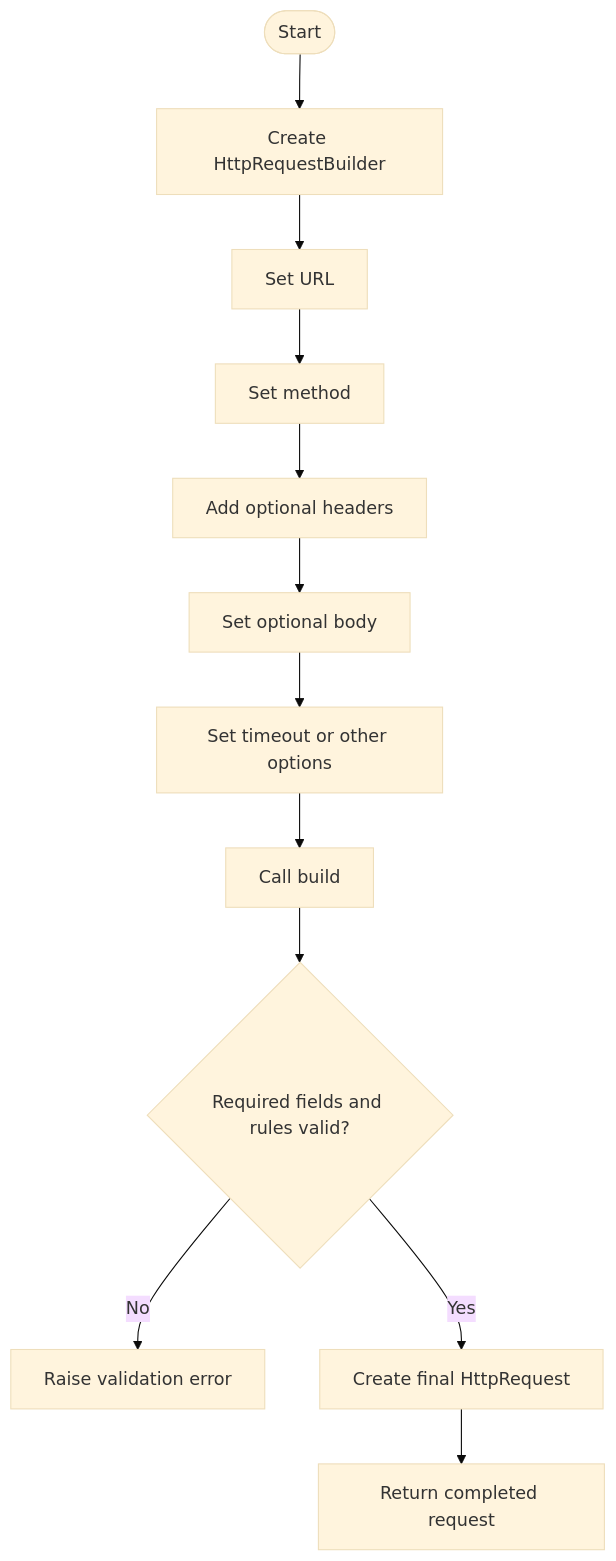
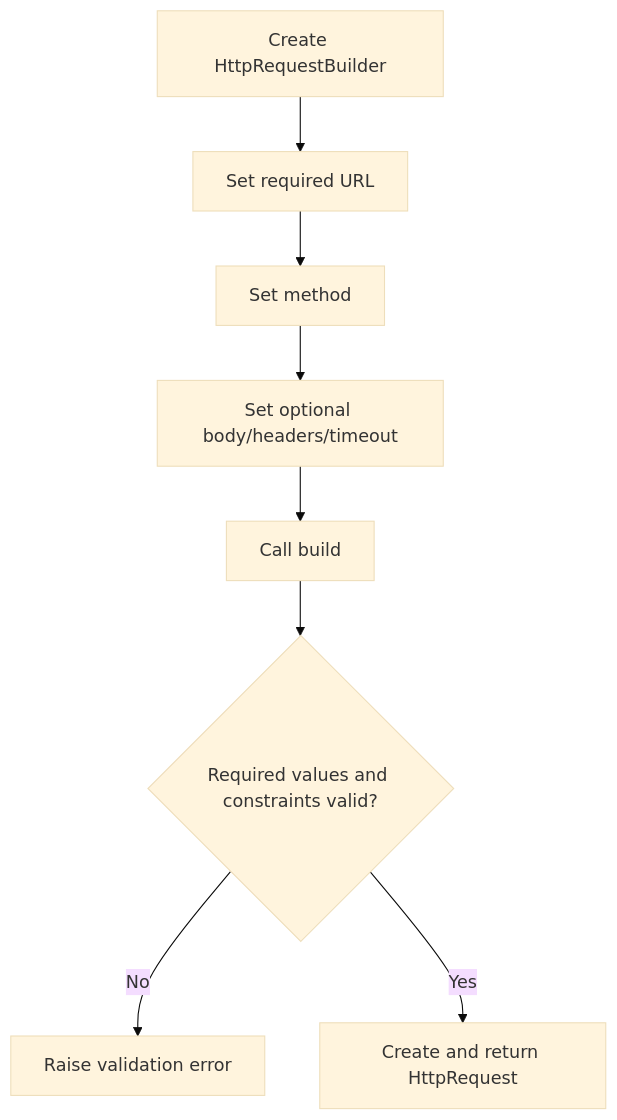
The eighth of 9 diagrams in Design Patterns 101 --- Creational Design Patterns.md (Jainparth22/ION_interview_helpful), drawn with Mermaid (base theme) before and after one commit. The commit also changed other lines of this file, not shown here.

````diff
--- a/Design Patterns 101 --- Creational Design Patterns.md
+++ b/Design Patterns 101 --- Creational Design Patterns.md
@@ -2232,27 +637,10 @@
-``` mermaid
-
+```mermaid
 flowchart TD
-
-    A([Start]) --> B[Create HttpRequestBuilder]
-
-    B --> C[Set URL]
-
-    C --> D[Set method]
-
-    D --> E[Add optional headers]
-
-    E --> F[Set optional body]
-
-    F --> G[Set timeout or other options]
-
-    G --> H[Call build]
-
-    H --> I{Required fields and rules valid?}
-
-    I -- No --> J[Raise validation error]
-
-    I -- Yes --> K[Create final HttpRequest]
-
-    K --> L[Return completed request]
-
+    A[Create HttpRequestBuilder] --> B[Set required URL]
+    B --> C[Set method]
+    C --> D[Set optional body/headers/timeout]
+    D --> E[Call build]
+    E --> F{Required values and constraints valid?}
+    F -- No --> G[Raise validation error]
+    F -- Yes --> H[Create and return HttpRequest]
 ```
````
